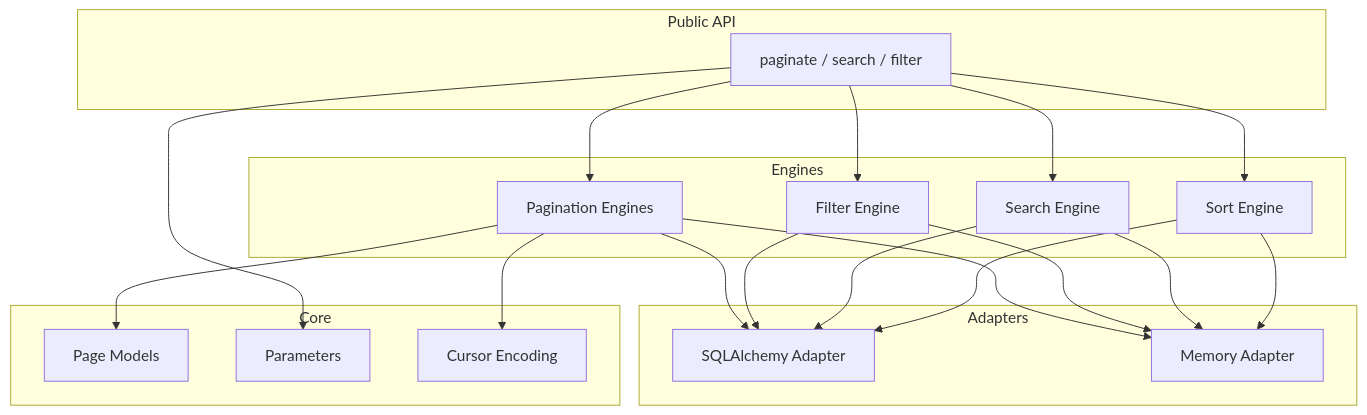
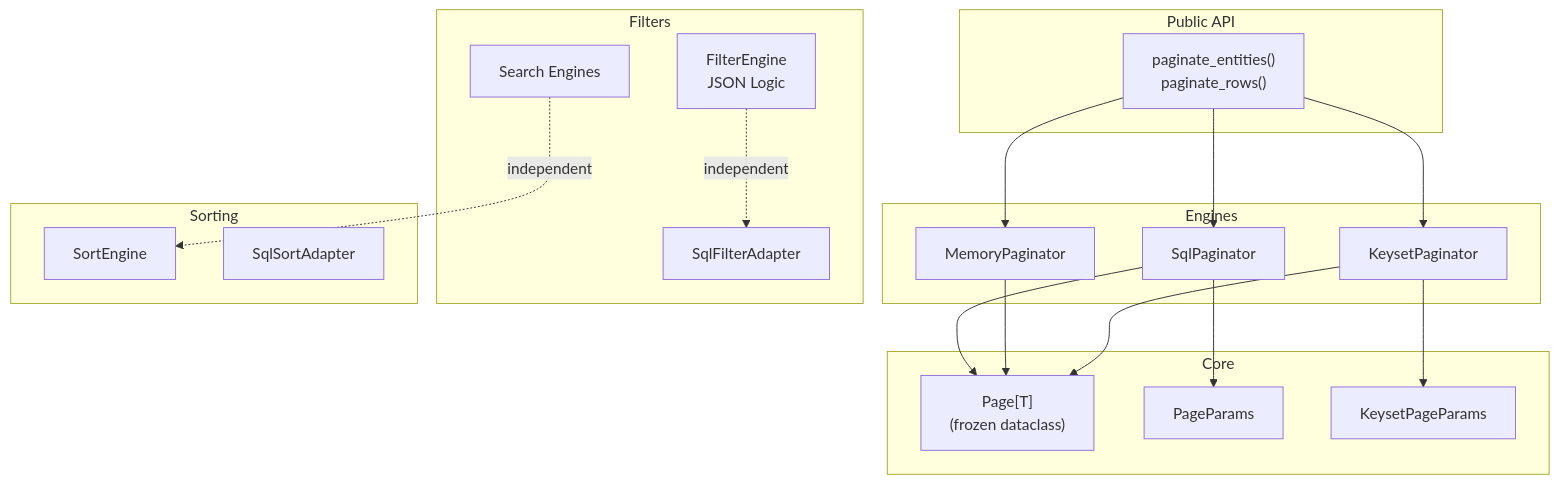
The first of 9 diagrams in docs/concepts/architecture.md (CybLow/paginate), drawn with Mermaid before and after one commit. The commit also changed other lines of this file and 196 other files, not shown here.

````diff
--- a/docs/concepts/architecture.md
+++ b/docs/concepts/architecture.md
@@ -8,42 +15,43 @@
-```mermaid
+```{mermaid}
 graph TB
     subgraph "Public API"
-        PA[paginate / search / filter]
+        PA["paginate_entities()<br/>paginate_rows()"]
     end
-    
+
     subgraph "Engines"
-        PE[Pagination Engines]
-        FE[Filter Engine]
-        SE[Search Engine]
-        SO[Sort Engine]
+        SP[SqlPaginator]
+        MP[MemoryPaginator]
+        KP[KeysetPaginator]
     end
-    
-    subgraph "Adapters"
-        SQL[SQLAlchemy Adapter]
-        MEM[Memory Adapter]
+
+    subgraph "Filters"
+        FE[FilterEngine<br/>JSON Logic]
+        SA[SqlFilterAdapter]
+        SE[Search Engines]
     end
-    
+
+    subgraph "Sorting"
+        SO[SortEngine]
+        SSA[SqlSortAdapter]
+    end
+
     subgraph "Core"
-        Page[Page Models]
-        Params[Parameters]
-        Cursor[Cursor Encoding]
+        Page["Page[T]<br/>(frozen dataclass)"]
+        PP[PageParams]
+        KPP[KeysetPageParams]
     end
-    
-    PA --> PE
-    PA --> FE
-    PA --> SE
-    PA --> SO
-    
-    PE --> SQL
-    PE --> MEM
-    FE --> SQL
-    FE --> MEM
-    SE --> SQL
-    SE --> MEM
-    SO --> SQL
-    SO --> MEM
-    
-    PE --> Page
-    PE --> Cursor
-    PA --> Params
+
+    PA --> SP
+    PA --> MP
+    PA --> KP
+
+    SP --> Page
+    MP --> Page
+    KP --> Page
+
+    FE -.->|"independent"| SA
+    SE -.->|"independent"| SO
+
+    SP --> PP
+    KP --> KPP
 ```
````
